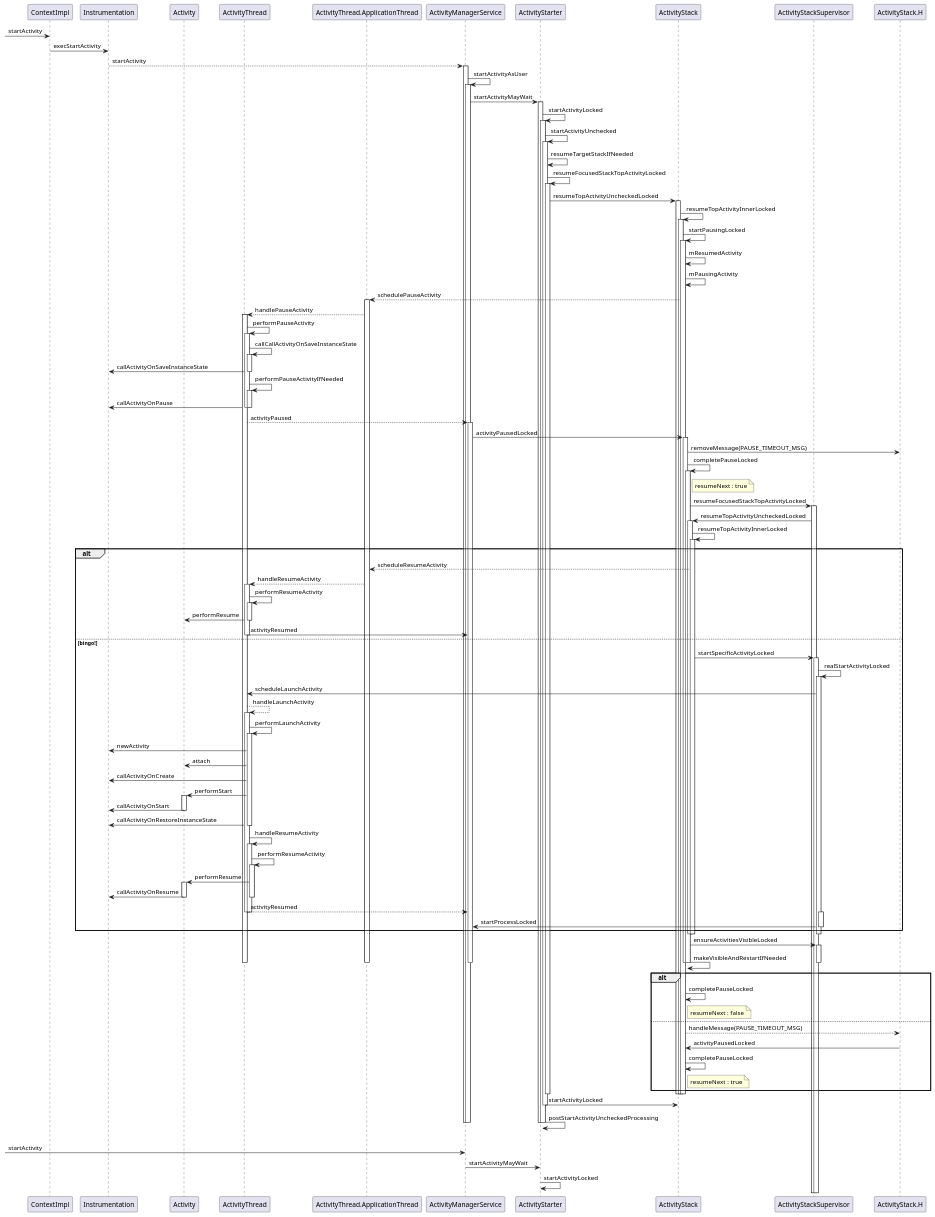
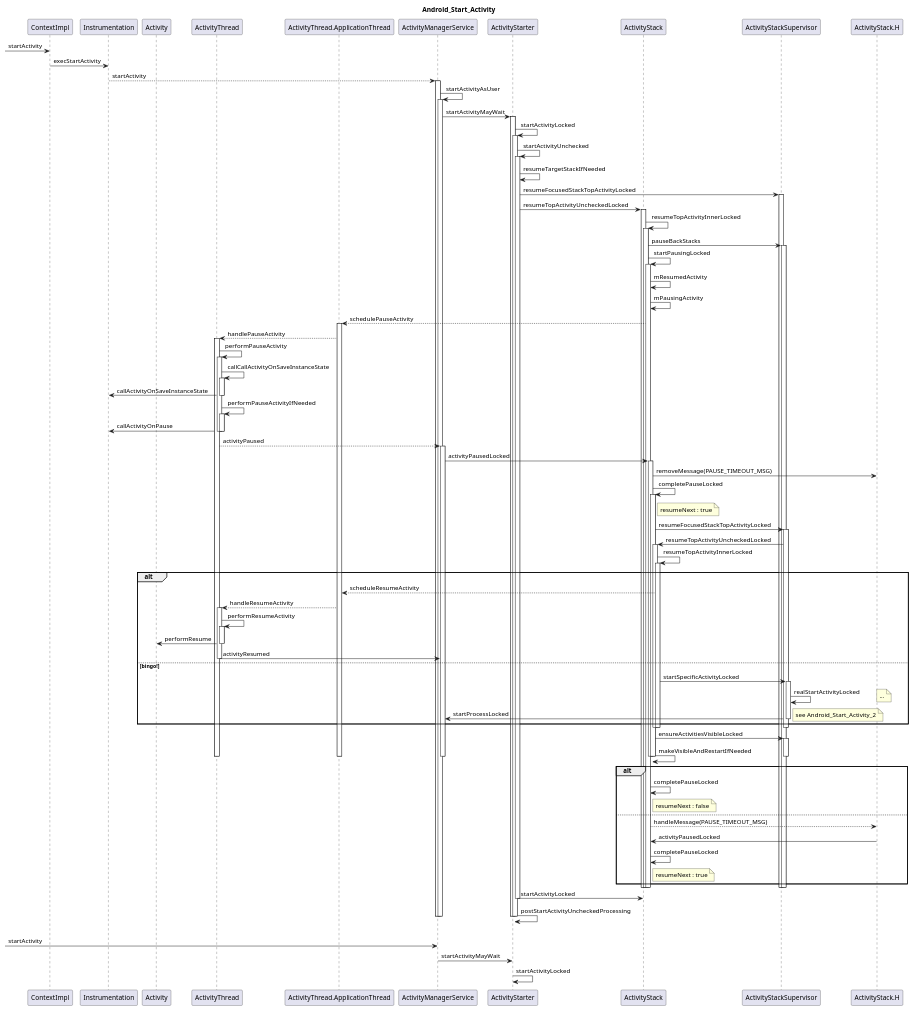
Before and after one commit to peggy109/AndroidSystemServer: the diagram in android_start_activity.puml, drawn with PlantUML. The commit also changed 1 other file, not shown here.

Commit message:
android_start_activity.puml, android_start_activity_2.puml

```diff
--- a/android_start_activity.puml
+++ b/android_start_activity.puml
@@ -1,148 +1,126 @@
 @startuml
+title Android_Start_Activity
 participant ContextImpl
 participant Instrumentation
 participant Activity
 participant ActivityThread
 participant ActivityThread.ApplicationThread
 participant ActivityManagerService as AMS
 participant ActivityStarter
 participant ActivityStack
 participant ActivityStackSupervisor
 participant ActivityStack.H
 
 [-> ContextImpl : startActivity
 ContextImpl -> Instrumentation : execStartActivity
 Instrumentation ---> AMS : startActivity
 activate AMS
 	AMS -> AMS : startActivityAsUser
 	activate AMS
 		AMS -> ActivityStarter : startActivityMayWait
 		activate ActivityStarter
 			ActivityStarter -> ActivityStarter : startActivityLocked
 			activate ActivityStarter
 				ActivityStarter -> ActivityStarter : startActivityUnchecked
 				activate ActivityStarter
 					ActivityStarter -> ActivityStarter : resumeTargetStackIfNeeded
-					ActivityStarter -> ActivityStarter : resumeFocusedStackTopActivityLocked
-					activate ActivityStarter
+					ActivityStarter -> ActivityStackSupervisor : resumeFocusedStackTopActivityLocked
+					activate ActivityStackSupervisor
 						ActivityStarter -> ActivityStack : resumeTopActivityUncheckedLocked
 						activate ActivityStack
 							ActivityStack -> ActivityStack : resumeTopActivityInnerLocked
 							activate ActivityStack
+							    ActivityStack -> ActivityStackSupervisor : pauseBackStacks
+							    activate ActivityStackSupervisor
 								ActivityStack -> ActivityStack : startPausingLocked
 								activate ActivityStack
 									ActivityStack -> ActivityStack : mResumedActivity
 									ActivityStack -> ActivityStack : mPausingActivity
 									ActivityStack --> ActivityThread.ApplicationThread : schedulePauseActivity
 									activate ActivityThread.ApplicationThread
 										ActivityThread.ApplicationThread --> ActivityThread : handlePauseActivity
 										activate ActivityThread
 											ActivityThread -> ActivityThread : performPauseActivity
 											activate ActivityThread
 												ActivityThread -> ActivityThread : callCallActivityOnSaveInstanceState
 												activate ActivityThread
 													ActivityThread -> Instrumentation : callActivityOnSaveInstanceState
 												deactivate ActivityThread
 												ActivityThread -> ActivityThread : performPauseActivityIfNeeded
 												activate ActivityThread
 													ActivityThread -> Instrumentation : callActivityOnPause
 												deactivate ActivityThread
 											deactivate ActivityThread
 											ActivityThread ---> AMS : activityPaused 
 											activate AMS
 												AMS -> ActivityStack : activityPausedLocked
 												activate ActivityStack
 													ActivityStack -> ActivityStack.H : removeMessage(PAUSE_TIMEOUT_MSG)
 													ActivityStack -> ActivityStack : completePauseLocked
 													note right of ActivityStack : resumeNext : true
 													activate ActivityStack
 														ActivityStack -> ActivityStackSupervisor : resumeFocusedStackTopActivityLocked
 														activate ActivityStackSupervisor
 															ActivityStackSupervisor -> ActivityStack : resumeTopActivityUncheckedLocked
 															activate ActivityStack
 																ActivityStack -> ActivityStack : resumeTopActivityInnerLocked
 																activate ActivityStack
 																alt
 																	ActivityStack ---> ActivityThread.ApplicationThread : scheduleResumeActivity
 																	ActivityThread.ApplicationThread ---> ActivityThread :handleResumeActivity
 																	activate ActivityThread
 																		ActivityThread -> ActivityThread : performResumeActivity
 																		activate ActivityThread
 																			ActivityThread -> Activity : performResume
 																		deactivate ActivityThread
 																		ActivityThread -> AMS : activityResumed
 																	deactivate ActivityThread
 																else bingo!
 																	ActivityStack -> ActivityStackSupervisor : startSpecificActivityLocked
 																	activate ActivityStackSupervisor
                                                                         ActivityStackSupervisor -> ActivityStackSupervisor : realStartActivityLocked
-                                                                        activate ActivityStackSupervisor
-                                                                            ActivityStackSupervisor -> ActivityThread : scheduleLaunchActivity
-                                                                            ActivityThread ---> ActivityThread : handleLaunchActivity
-                                                                            activate ActivityThread
-                                                                                ActivityThread -> ActivityThread : performLaunchActivity
-                                                                                activate ActivityThread
-                                                                                    ActivityThread -> Instrumentation : newActivity
-                                                                                    ActivityThread -> Activity : attach
-                                                                                    ActivityThread -> Instrumentation : callActivityOnCreate
-                                                                                    ActivityThread -> Activity : performStart
-                                                                                    activate Activity
-                                                                                        Activity -> Instrumentation : callActivityOnStart
-                                                                                    deactivate Activity
-                                                                                    ActivityThread -> Instrumentation : callActivityOnRestoreInstanceState
-                                                                                deactivate ActivityThread
-                                                                                ActivityThread -> ActivityThread : handleResumeActivity
-                                                                                activate ActivityThread
-                                                                                    ActivityThread -> ActivityThread : performResumeActivity
-                                                                                    activate ActivityThread
-                                                                                        ActivityThread -> Activity : performResume
-                                                                                        activate Activity
-                                                                                            Activity -> Instrumentation : callActivityOnResume
-                                                                                        deactivate Activity
-                                                                                    deactivate ActivityThread
-                                                                                    ActivityThread ---> AMS : activityResumed
-                                                                                deactivate ActivityThread
-                                                                            deactivate ActivityThread
-                                                                        activate ActivityStackSupervisor
+                                                                        note right : ...
                                                                         ActivityStackSupervisor -> AMS : startProcessLocked
+                                                                        note right : see Android_Start_Activity_2
 																	deactivate ActivityStackSupervisor
 																end
 																deactivate ActivityStack
 															deactivate ActivityStack
 														deactivate ActivityStackSupervisor
 														ActivityStack -> ActivityStackSupervisor : ensureActivitiesVisibleLocked
 														activate ActivityStackSupervisor
 														ActivityStack -> ActivityStack : makeVisibleAndRestartIfNeeded
 														deactivate ActivityStackSupervisor
 													deactivate ActivityStack
 												deactivate ActivityStack
 											deactivate AMS
 										deactivate ActivityThread
 									deactivate ActivityThread.ApplicationThread
 									alt
 										ActivityStack -> ActivityStack : completePauseLocked
 										note right of ActivityStack : resumeNext : false
 									else
 										ActivityStack ---> ActivityStack.H : handleMessage(PAUSE_TIMEOUT_MSG)
 										ActivityStack.H -> ActivityStack : activityPausedLocked
 										ActivityStack -> ActivityStack : completePauseLocked
 										note right of ActivityStack : resumeNext : true
 									end
 								deactivate ActivityStack
+								deactivate ActivityStackSupervisor
 							deactivate ActivityStack
 						deactivate ActivityStack
-					deactivate ActivityStarter
+					deactivate ActivityStackSupervisor
 					ActivityStarter -> ActivityStack : startActivityLocked
 				deactivate ActivityStarter
 				ActivityStarter -> ActivityStarter : postStartActivityUncheckedProcessing
 			deactivate ActivityStarter
 		deactivate ActivityStarter
 
 	deactivate AMS
 deactivate AMS
 |||
 [-> AMS : startActivity
 AMS -> ActivityStarter : startActivityMayWait
 ActivityStarter -> ActivityStarter : startActivityLocked
 
 @enduml
```
